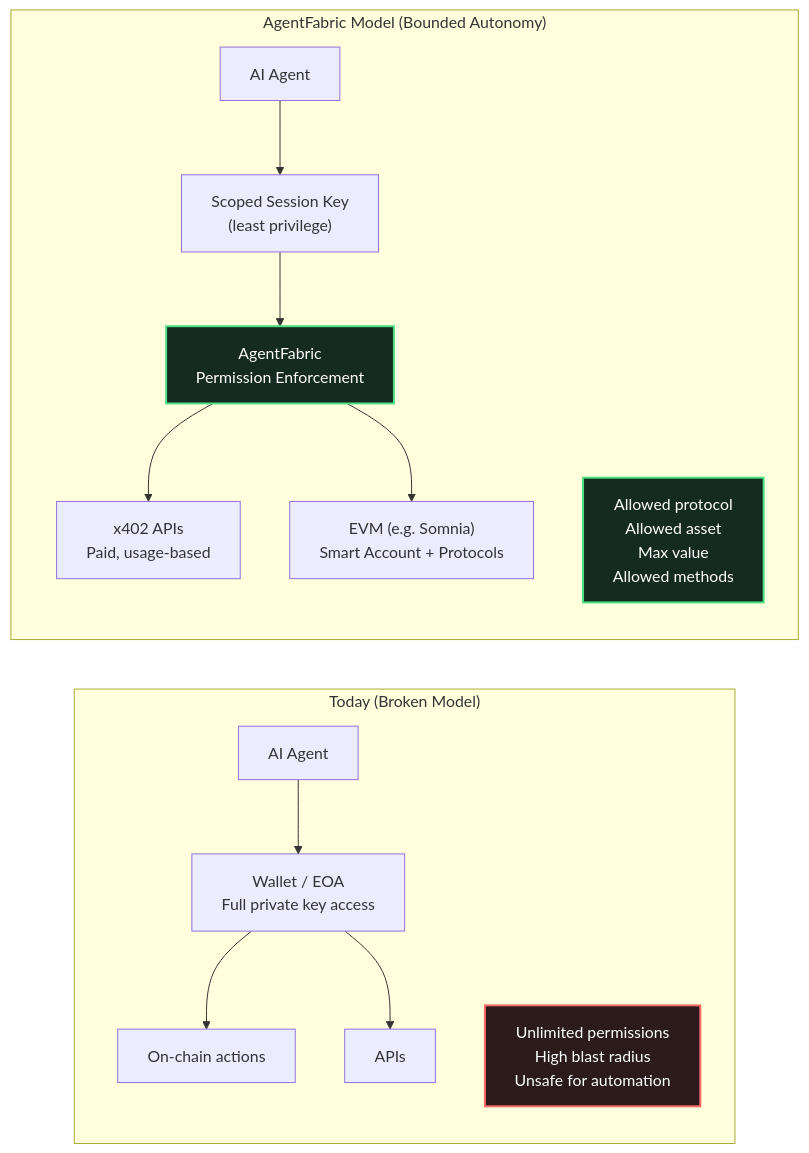
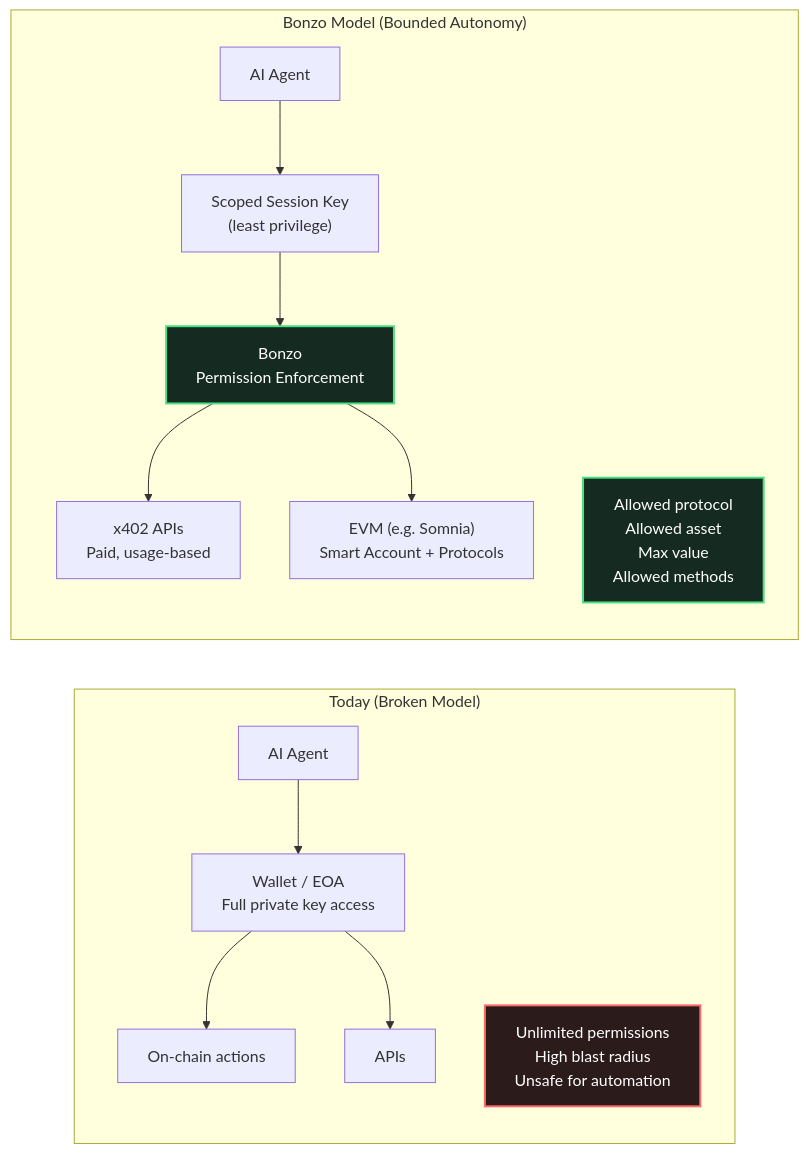
The first of 4 diagrams in README.md (hoepeyemi/bonzo), drawn with Mermaid before and after one commit. The commit also changed other lines of this file and 32 other files, not shown here.

````diff
--- a/README.md
+++ b/README.md
@@ -39,21 +39,21 @@
 ```mermaid
 flowchart LR
   subgraph TODAY["Today (Broken Model)"]
     A1["AI Agent"] --> W1["Wallet / EOA\nFull private key access"]
     W1 --> X1["On-chain actions"]
     W1 --> Y1["APIs"]
     NOTE1["Unlimited permissions\nHigh blast radius\nUnsafe for automation"]:::warn
   end
 
-  subgraph AF["AgentFabric Model (Bounded Autonomy)"]
+  subgraph AF["Bonzo Model (Bounded Autonomy)"]
     A2["AI Agent"] --> S2["Scoped Session Key\n(least privilege)"]
-    S2 --> F2["AgentFabric\nPermission Enforcement"]:::good
+    S2 --> F2["Bonzo\nPermission Enforcement"]:::good
     F2 --> API2["x402 APIs\nPaid, usage-based"]
     F2 --> C2["EVM (e.g. Somnia)\nSmart Account + Protocols"]
     P2["Allowed protocol\nAllowed asset\nMax value\nAllowed methods"]:::good
   end
 
   classDef warn fill:#2b1b1b,stroke:#ff6b6b,stroke-width:2px,color:#ffffff;
   classDef good fill:#152a20,stroke:#4ade80,stroke-width:2px,color:#ffffff;
 
 ```
````
